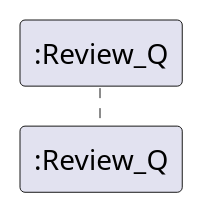
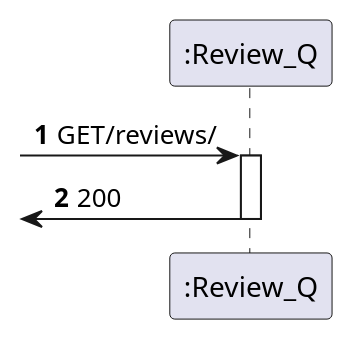
One commit to 1201441BrunoPereira/Trabalho2Reviews changed the diagram in Review1_Q/Documentação/N2/GetAllReviews.puml. Above: the diagram before and after it, drawn with PlantUML. The commit also changed 29 other files, not shown here.

Commit message:
Diagramas Trabalho 3

```diff
--- a/Review1_Q/Documentação/N2/GetAllReviews.puml
+++ b/Review1_Q/Documentação/N2/GetAllReviews.puml
@@ -1,11 +1,15 @@
 @startuml
 'https://plantuml.com/sequence-diagram
 
 
-autoactivate on
 autonumber
 
 participant ":Review_Q" as rev
 
+-> rev: GET/reviews/
+activate rev
+[<- rev: 200
+deactivate rev
+
 
 @enduml
```
